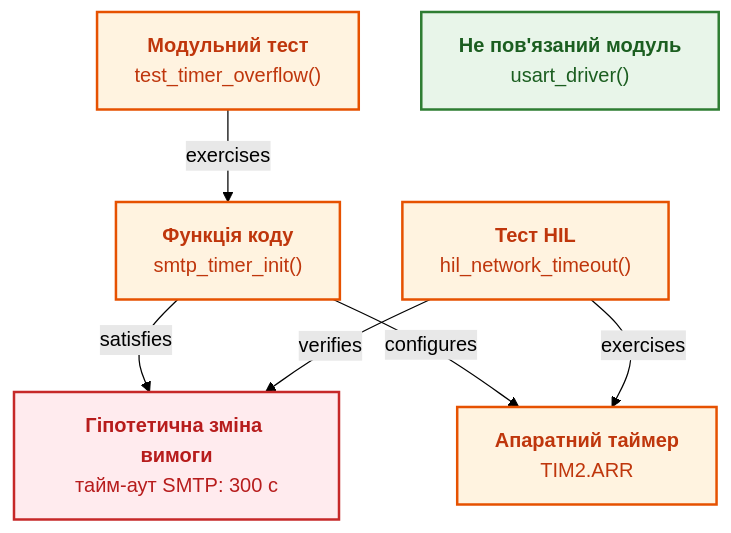
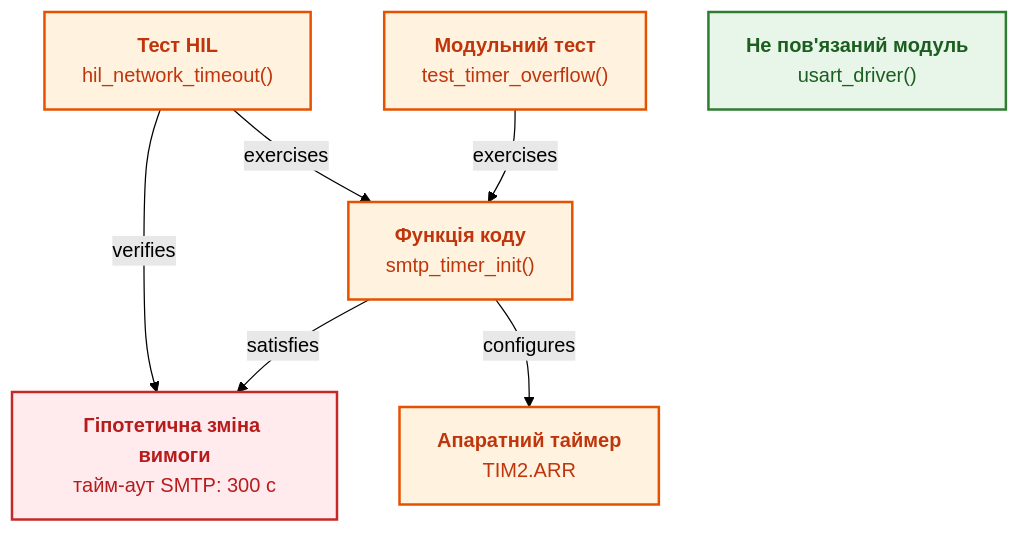
Before and after one commit to nick-fedchik/articles: the fifth of 8 diagrams in ExpertSystem/ch09-engineering-knowledge-graph-traceability.md, drawn with Mermaid (forest theme). The commit also changed other lines of this file and 1 other file, not shown here.

````diff
--- a/ExpertSystem/ch09-engineering-knowledge-graph-traceability.md
+++ b/ExpertSystem/ch09-engineering-knowledge-graph-traceability.md
@@ -511,26 +526,26 @@
 ```mermaid
 flowchart TD
     accTitle: Поширення впливу зміни в інженерному графі
     accDescr: Зміна вимоги щодо тайм-ауту поширюється на функцію коду, апаратний таймер і два тести, а не пов'язаний драйвер лишається поза зоною впливу.
 
     NormChange["<b>Гіпотетична зміна вимоги</b><br/>тайм-аут SMTP: 300 с"]
     CodeFn["<b>Функція коду</b><br/>smtp_timer_init()"]
     HwReg["<b>Апаратний таймер</b><br/>TIM2.ARR"]
     Test1["<b>Модульний тест</b><br/>test_timer_overflow()"]
     Test2["<b>Тест HIL</b><br/>hil_network_timeout()"]
     Unrelated["<b>Не пов'язаний модуль</b><br/>usart_driver()"]
 
     CodeFn -->|"satisfies"| NormChange
     CodeFn -->|"configures"| HwReg
     Test1 -->|"exercises"| CodeFn
     Test2 -->|"verifies"| NormChange
-    Test2 -->|"exercises"| HwReg
+    Test2 -->|"exercises"| CodeFn
 
     classDef changed fill:#ffebee,stroke:#c62828,stroke-width:2px,color:#b71c1c;
     classDef impacted fill:#fff3e0,stroke:#e65100,stroke-width:2px,color:#bf360c;
     classDef clean fill:#e8f5e9,stroke:#2e7d32,stroke-width:2px,color:#1b5e20;
 
     class NormChange changed;
     class CodeFn,HwReg,Test1,Test2 impacted;
     class Unrelated clean;
 ```
````
